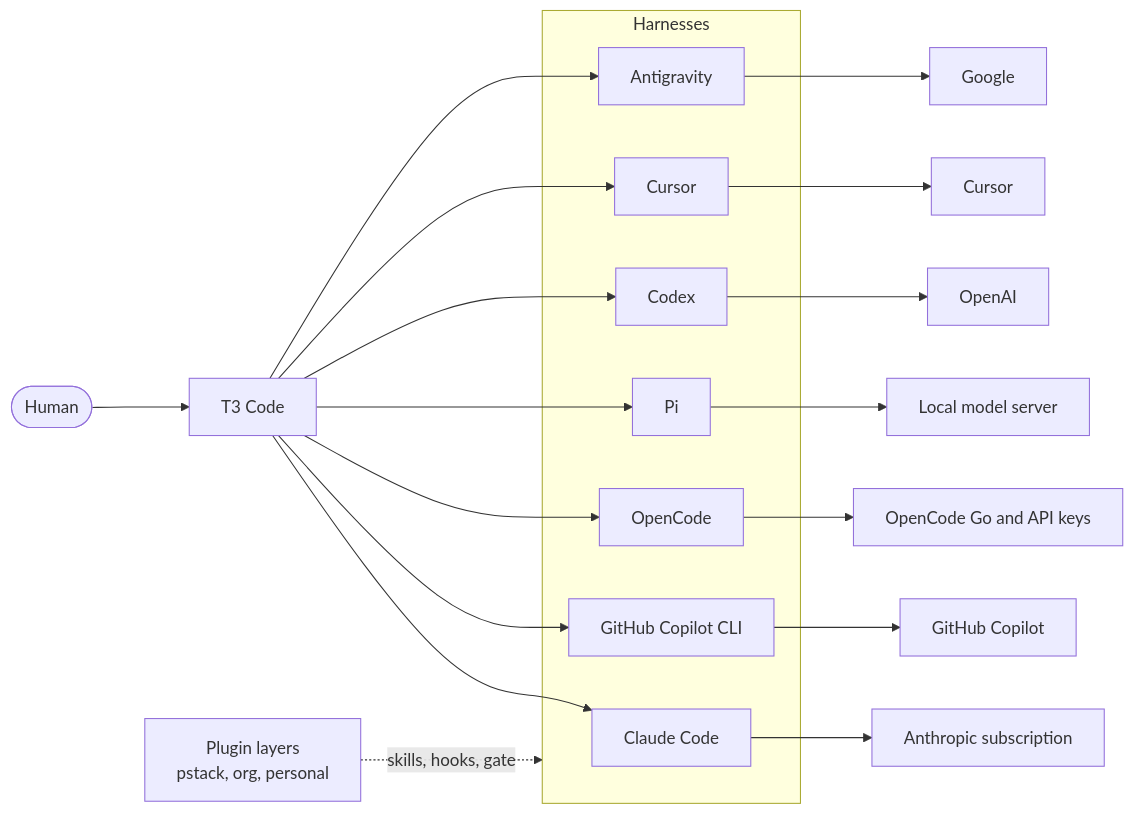
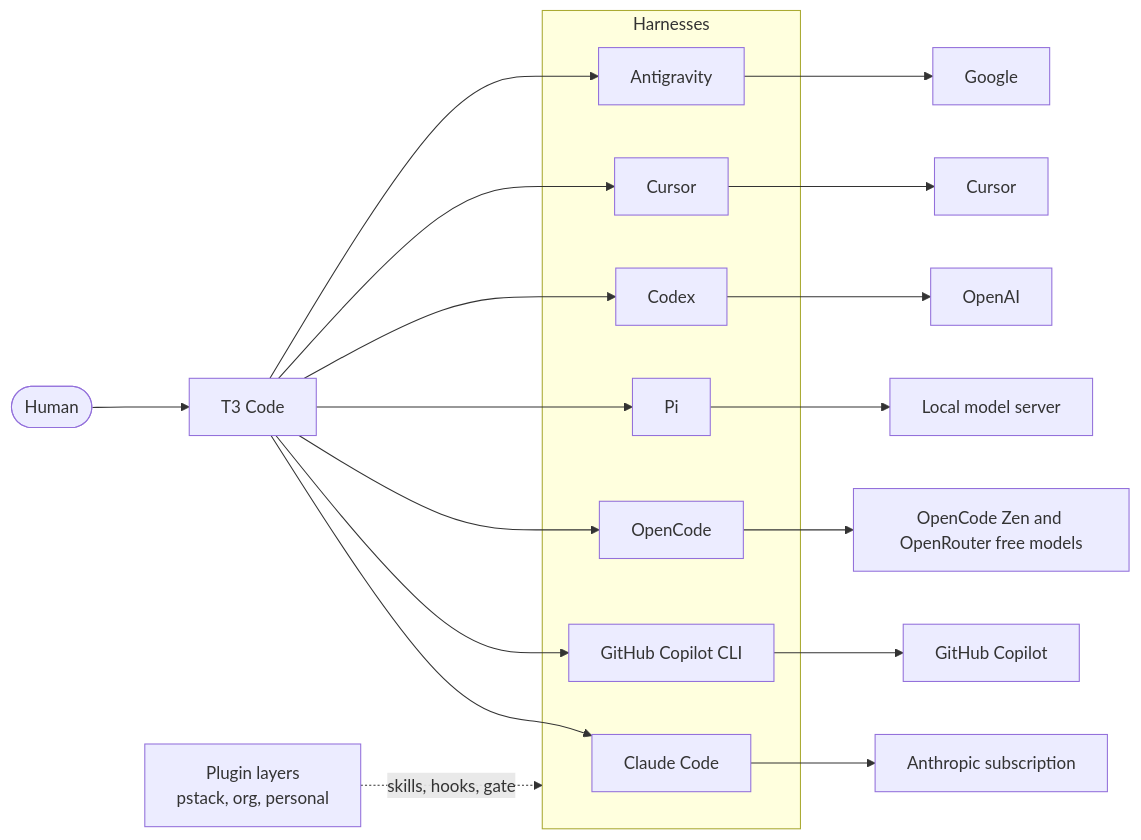
One commit to simpsonm09-org/simpsonm09-repo-catalog changed the second of 3 diagrams in docs/fleet-architecture.md. Above: the diagram before and after it, drawn with Mermaid. The commit also changed other lines of this file, not shown here.

Commit message:
docs(fleet): OpenCode runs on free models, and name the two paid accounts
OpenCode Go is retired for this workspace. The fleet architecture page now
shows OpenCode on the free OpenCode Zen and zero-priced OpenRouter models,
and says which accounts are paid (Claude and ChatGPT) and that every other
harness runs on free usage.

````diff
--- a/docs/fleet-architecture.md
+++ b/docs/fleet-architecture.md
@@ -63,26 +63,26 @@
 ```mermaid
 flowchart LR
     Human(["Human"]) --> T3["T3 Code"]
 
     subgraph Harnesses["Harnesses"]
         Claude["Claude Code"]
         Copilot["GitHub Copilot CLI"]
         OpenCode["OpenCode"]
         Pi["Pi"]
         Codex["Codex"]
         Cursor["Cursor"]
         Antigravity["Antigravity"]
     end
 
     T3 --> Claude & Copilot & OpenCode & Pi & Codex & Cursor & Antigravity
 
     Layers["Plugin layers<br/>pstack, org, personal"] -. "skills, hooks, gate" .-> Harnesses
 
     Claude --> Anthropic["Anthropic subscription"]
     Copilot --> GitHub["GitHub Copilot"]
-    OpenCode --> OpenCodeGo["OpenCode Go and API keys"]
+    OpenCode --> OpenCodeFree["OpenCode Zen and OpenRouter free models"]
     Pi --> LocalModel["Local model server"]
     Codex --> OpenAI["OpenAI"]
     Cursor --> CursorSub["Cursor"]
     Antigravity --> Google["Google"]
 ```
````
